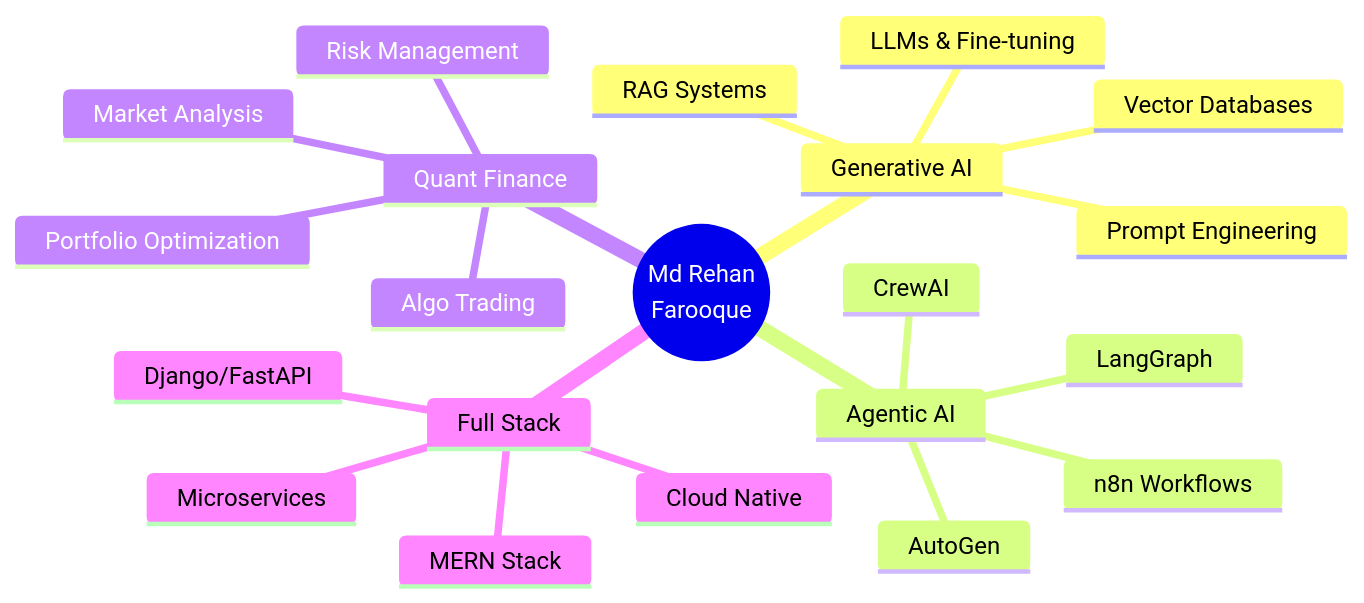
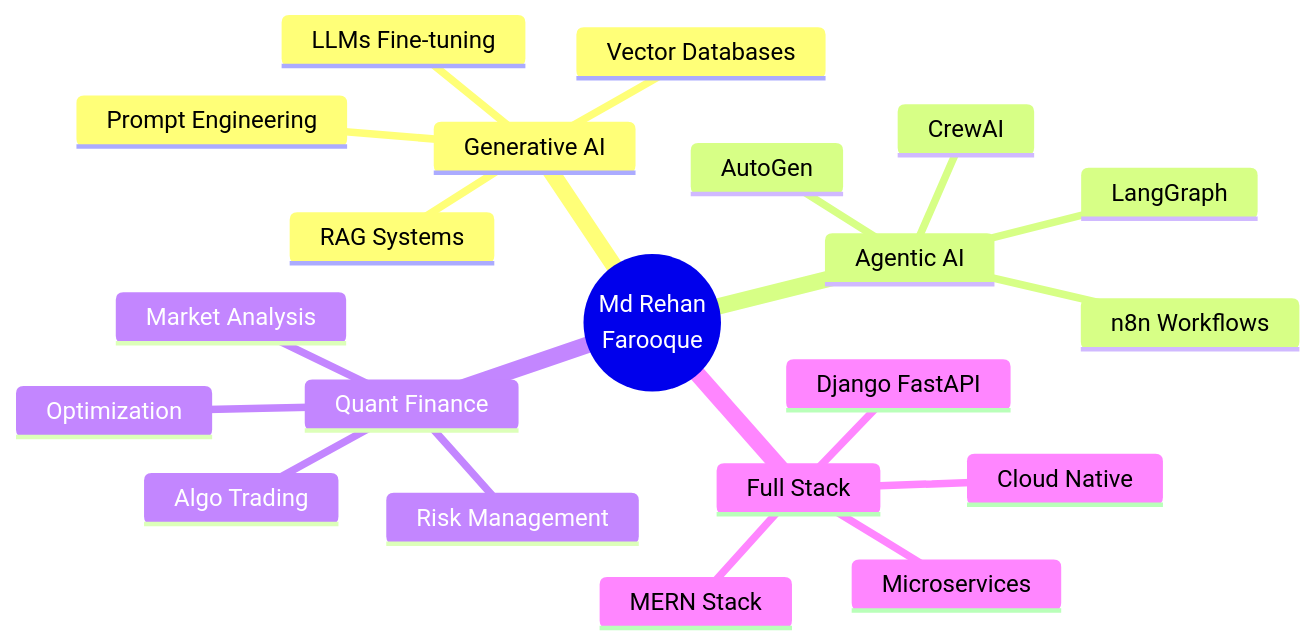
The diagram in README.md (lovieheartz/lovieheartz), drawn with Mermaid before and after one commit. The commit also changed other lines of this file, not shown here.

````diff
--- a/README.md
+++ b/README.md
@@ -441,24 +260,24 @@
 ```mermaid
 mindmap
   root((Md Rehan<br/>Farooque))
     Generative AI
-      LLMs & Fine-tuning
+      LLMs Fine-tuning
       RAG Systems
       Vector Databases
       Prompt Engineering
     Agentic AI
       n8n Workflows
       LangGraph
       CrewAI
       AutoGen
     Quant Finance
       Algo Trading
       Market Analysis
       Risk Management
-      Portfolio Optimization
+      Optimization
     Full Stack
       MERN Stack
-      Django/FastAPI
+      Django FastAPI
       Microservices
       Cloud Native
 ```
````
